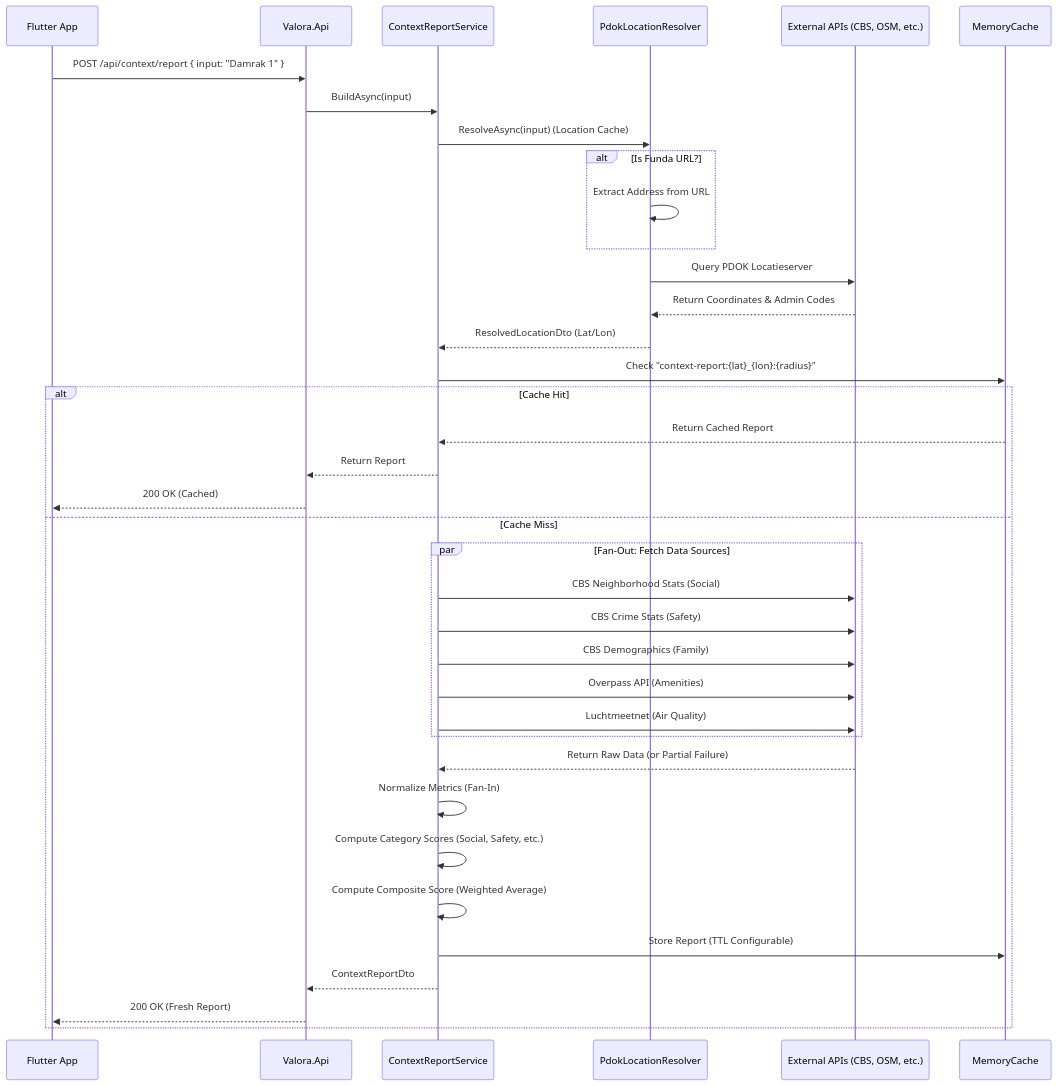
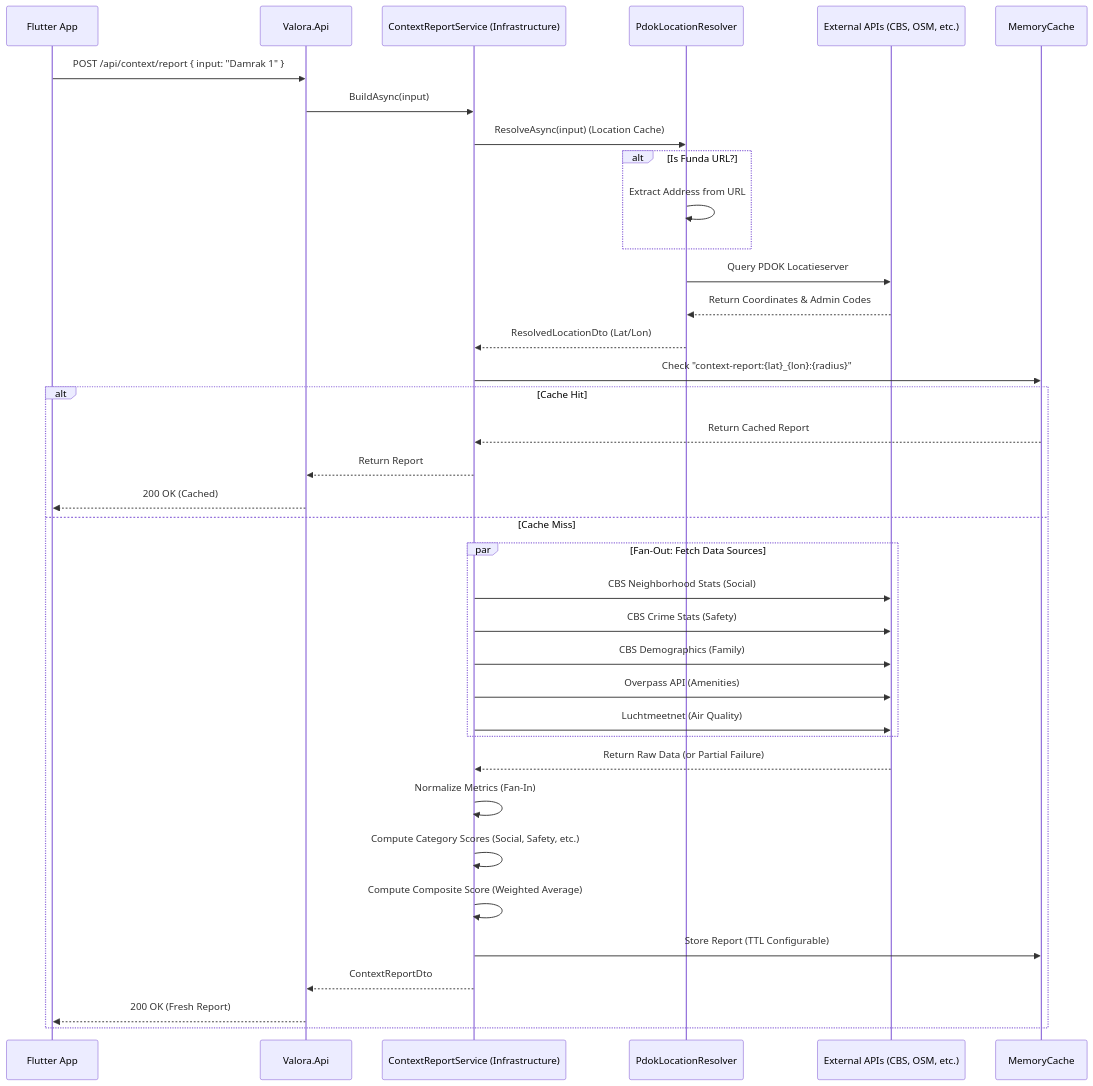
Before and after one commit to YKDBontekoe/valora: the diagram in docs/onboarding-data-flow.md, drawn with Mermaid. The commit also changed other lines of this file and 4 other files, not shown here.

First line of the commit message:
docs: improve architecture overview, inline docs, and onboarding guides

````diff
--- a/docs/onboarding-data-flow.md
+++ b/docs/onboarding-data-flow.md
@@ -9,45 +9,45 @@
 ```mermaid
 sequenceDiagram
     participant Client as Flutter App
     participant API as Valora.Api
-    participant Service as ContextReportService
+    participant Service as ContextReportService (Infrastructure)
     participant Resolver as PdokLocationResolver
     participant Sources as External APIs (CBS, OSM, etc.)
     participant Cache as MemoryCache
 
     Client->>API: POST /api/context/report { input: "Damrak 1" }
     API->>Service: BuildAsync(input)
 
     Service->>Resolver: ResolveAsync(input) (Location Cache)
     alt Is Funda URL?
         Resolver->>Resolver: Extract Address from URL
     end
     Resolver->>Sources: Query PDOK Locatieserver
     Sources-->>Resolver: Return Coordinates & Admin Codes
     Resolver-->>Service: ResolvedLocationDto (Lat/Lon)
 
     Service->>Cache: Check "context-report:{lat}_{lon}:{radius}"
     alt Cache Hit
         Cache-->>Service: Return Cached Report
         Service-->>API: Return Report
         API-->>Client: 200 OK (Cached)
     else Cache Miss
         par Fan-Out: Fetch Data Sources
             Service->>Sources: CBS Neighborhood Stats (Social)
             Service->>Sources: CBS Crime Stats (Safety)
             Service->>Sources: CBS Demographics (Family)
             Service->>Sources: Overpass API (Amenities)
             Service->>Sources: Luchtmeetnet (Air Quality)
         end
 
         Sources-->>Service: Return Raw Data (or Partial Failure)
 
         Service->>Service: Normalize Metrics (Fan-In)
         Service->>Service: Compute Category Scores (Social, Safety, etc.)
         Service->>Service: Compute Composite Score (Weighted Average)
 
         Service->>Cache: Store Report (TTL Configurable)
         Service-->>API: ContextReportDto
         API-->>Client: 200 OK (Fresh Report)
     end
 ```
````
